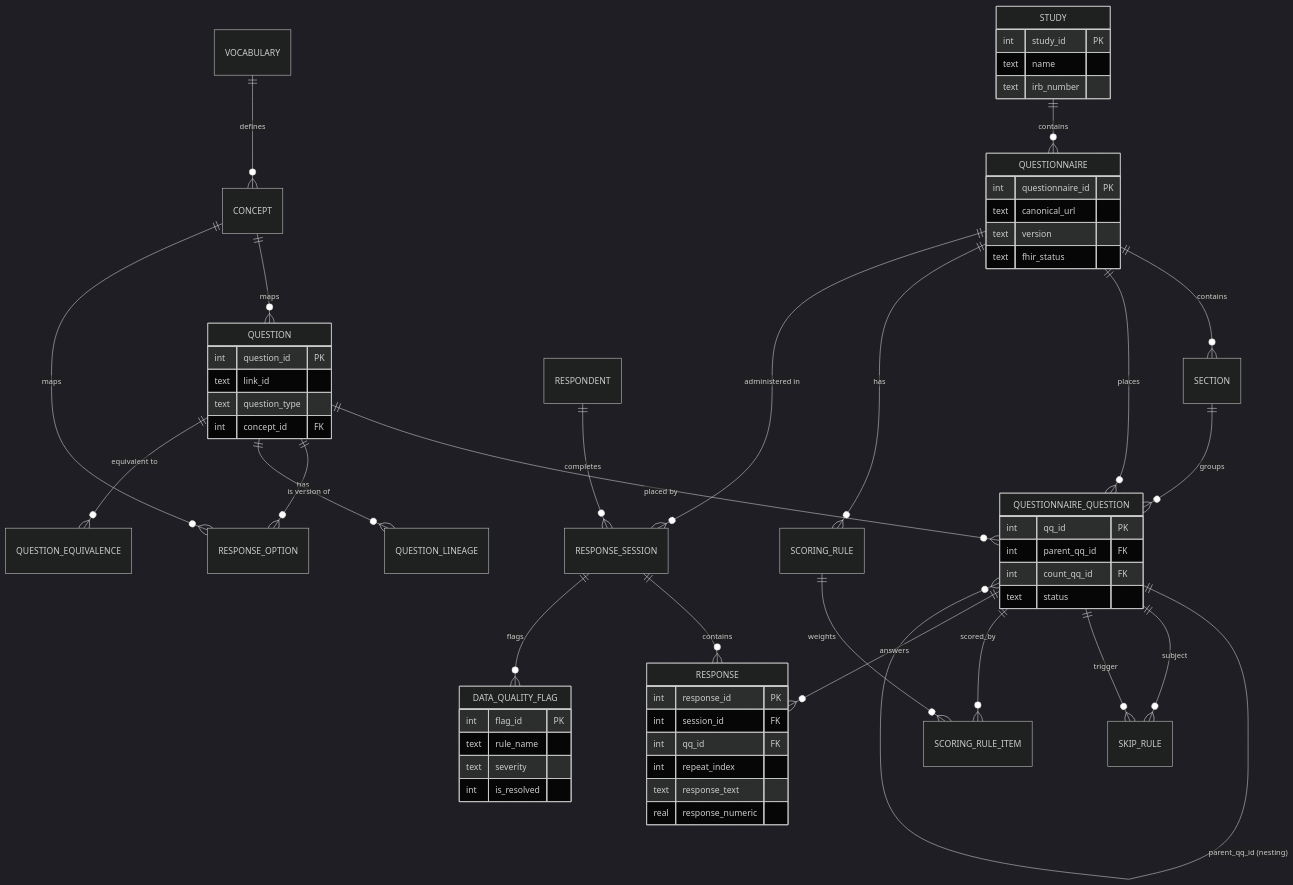
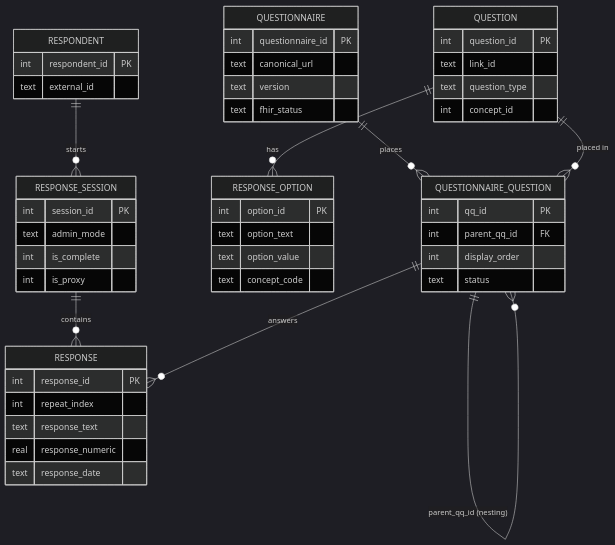
One commit to quickq-io/quickq changed the diagram in docs/database/oltp.md. Above: the diagram before and after it, drawn with Mermaid (dark theme). The commit also changed other lines of this file and 1 other file, not shown here.

First line of the commit message:
Restructure database docs: core schema first, supporting tables below

````diff
--- a/docs/database/oltp.md
+++ b/docs/database/oltp.md
@@ -23,66 +25,52 @@
 ```mermaid
 erDiagram
-    STUDY ||--o{ QUESTIONNAIRE : contains
-    QUESTIONNAIRE ||--o{ SECTION : contains
     QUESTIONNAIRE ||--o{ QUESTIONNAIRE_QUESTION : places
-    SECTION ||--o{ QUESTIONNAIRE_QUESTION : groups
-    QUESTION ||--o{ QUESTIONNAIRE_QUESTION : "placed by"
+    QUESTION ||--o{ QUESTIONNAIRE_QUESTION : "placed in"
     QUESTION ||--o{ RESPONSE_OPTION : has
     QUESTIONNAIRE_QUESTION ||--o{ QUESTIONNAIRE_QUESTION : "parent_qq_id (nesting)"
-    QUESTIONNAIRE_QUESTION ||--o{ SKIP_RULE : subject
-    QUESTIONNAIRE_QUESTION ||--o{ SKIP_RULE : trigger
-    QUESTIONNAIRE ||--o{ SCORING_RULE : has
-    SCORING_RULE ||--o{ SCORING_RULE_ITEM : weights
-    QUESTIONNAIRE_QUESTION ||--o{ SCORING_RULE_ITEM : scored_by
-
-    RESPONDENT ||--o{ RESPONSE_SESSION : completes
-    QUESTIONNAIRE ||--o{ RESPONSE_SESSION : "administered in"
+    RESPONDENT ||--o{ RESPONSE_SESSION : starts
     RESPONSE_SESSION ||--o{ RESPONSE : contains
     QUESTIONNAIRE_QUESTION ||--o{ RESPONSE : answers
-    RESPONSE_SESSION ||--o{ DATA_QUALITY_FLAG : flags
 
-    CONCEPT ||--o{ QUESTION : maps
-    CONCEPT ||--o{ RESPONSE_OPTION : maps
-    VOCABULARY ||--o{ CONCEPT : defines
-
-    QUESTION ||--o{ QUESTION_LINEAGE : "is version of"
-    QUESTION ||--o{ QUESTION_EQUIVALENCE : "equivalent to"
-
-    STUDY {
-        int study_id PK
-        text name
-        text irb_number
-    }
     QUESTIONNAIRE {
         int questionnaire_id PK
         text canonical_url
         text version
         text fhir_status
     }
     QUESTION {
         int question_id PK
         text link_id
         text question_type
-        int concept_id FK
+        int concept_id
     }
     QUESTIONNAIRE_QUESTION {
         int qq_id PK
         int parent_qq_id FK
-        int count_qq_id FK
+        int display_order
         text status
+    }
+    RESPONSE_OPTION {
+        int option_id PK
+        text option_text
+        text option_value
+        text concept_code
+    }
+    RESPONDENT {
+        int respondent_id PK
+        text external_id
+    }
+    RESPONSE_SESSION {
+        int session_id PK
+        text admin_mode
+        int is_complete
+        int is_proxy
     }
     RESPONSE {
         int response_id PK
-        int session_id FK
-        int qq_id FK
         int repeat_index
         text response_text
         real response_numeric
-    }
-    DATA_QUALITY_FLAG {
-        int flag_id PK
-        text rule_name
-        text severity
-        int is_resolved
+        text response_date
     }
 ```
````
